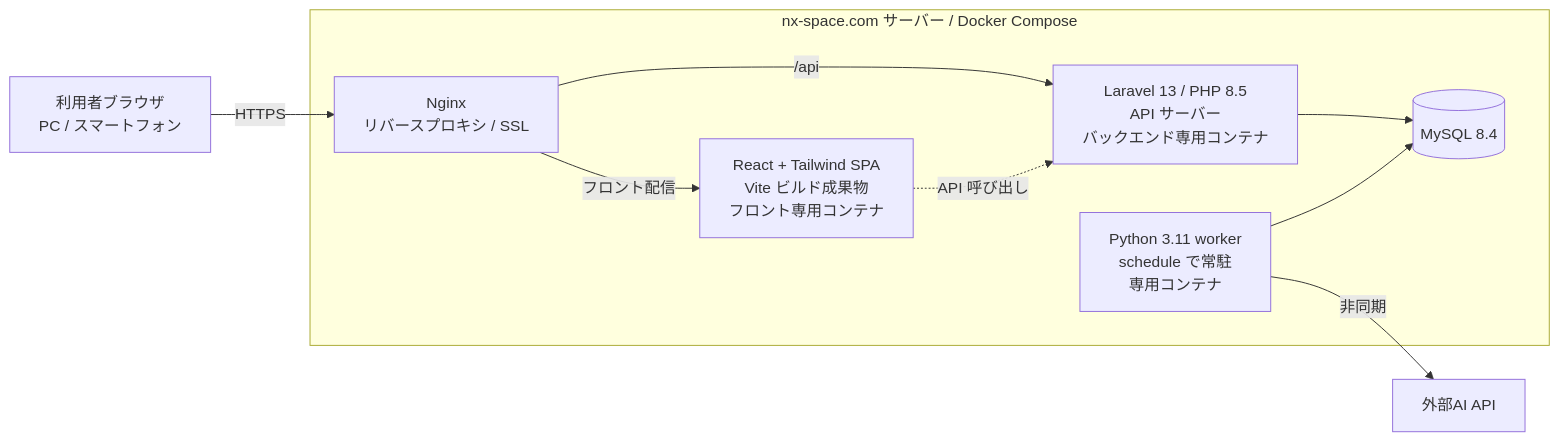
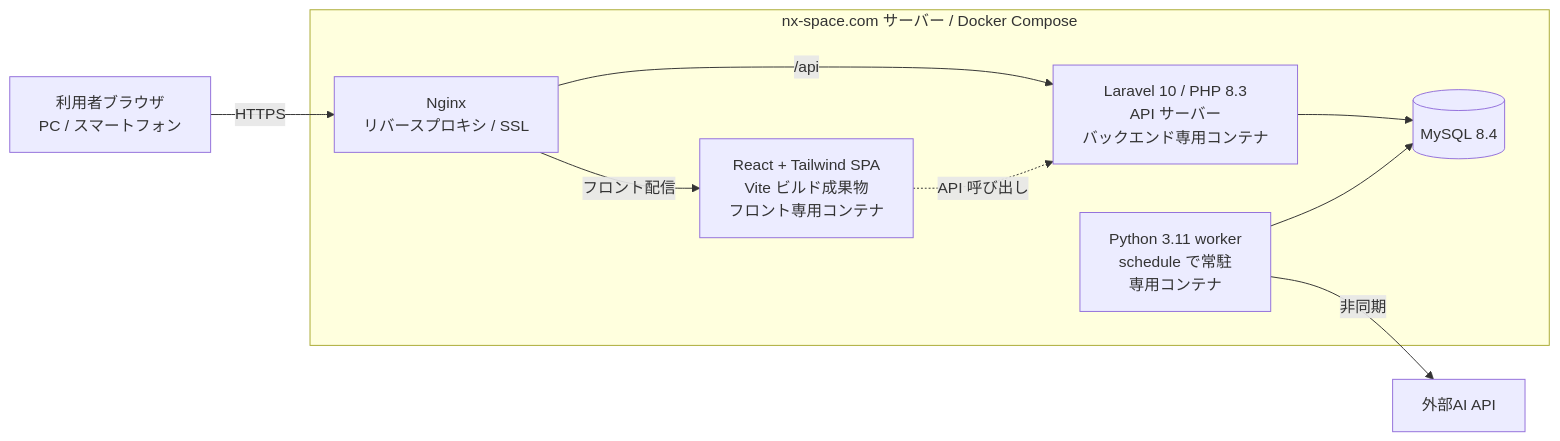
One commit to space-musicacct/resmane changed the diagram in docs/技術構成/技術構成書.md. Above: the diagram before and after it, drawn with Mermaid. The commit also changed other lines of this file and 1 other file, not shown here.

Commit message:
技術構成を Laravel 10 / PHP 8.3 に変更

````diff
--- a/docs/技術構成/技術構成書.md
+++ b/docs/技術構成/技術構成書.md
@@ -50,21 +51,21 @@
 ```mermaid
 flowchart LR
     USER[利用者ブラウザ<br/>PC / スマートフォン]
     AI[外部AI API]
 
     subgraph SERVER[nx-space.com サーバー / Docker Compose]
         NGINX[Nginx<br/>リバースプロキシ / SSL]
         REACT[React + Tailwind SPA<br/>Vite ビルド成果物<br/>フロント専用コンテナ]
-        LARAVEL[Laravel 13 / PHP 8.5<br/>API サーバー<br/>バックエンド専用コンテナ]
+        LARAVEL[Laravel 10 / PHP 8.3<br/>API サーバー<br/>バックエンド専用コンテナ]
         WORKER[Python 3.11 worker<br/>schedule で常駐<br/>専用コンテナ]
         MYSQL[(MySQL 8.4)]
     end
 
     USER -->|HTTPS| NGINX
     NGINX -->|フロント配信| REACT
     NGINX -->|/api| LARAVEL
     REACT -.->|API 呼び出し| LARAVEL
     LARAVEL --> MYSQL
     WORKER --> MYSQL
     WORKER -->|非同期| AI
 ```
````
